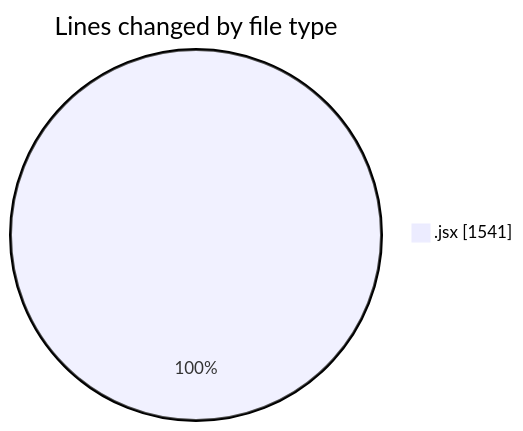
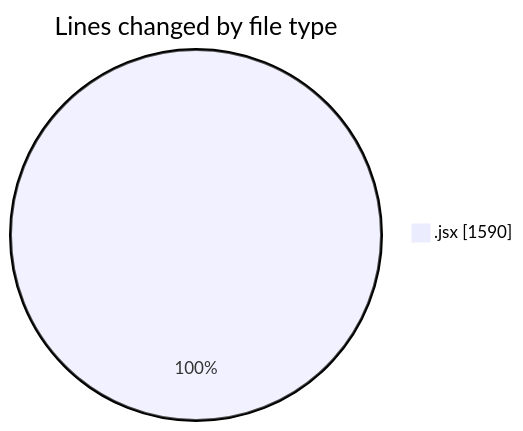
The first of 2 diagrams in 2025-08-22/nxtqube_webapp/README.md (nxtqubesakshisongat/code-tracking), drawn with Mermaid before and after one commit. The commit also changed other lines of this file and 1 other file, not shown here.

````diff
--- a/2025-08-22/nxtqube_webapp/README.md
+++ b/2025-08-22/nxtqube_webapp/README.md
@@ -20,5 +20,5 @@
 ```mermaid
 pie showData
 title Lines changed by file type
-".jsx" : 1541
+".jsx" : 1590
 ```
````
